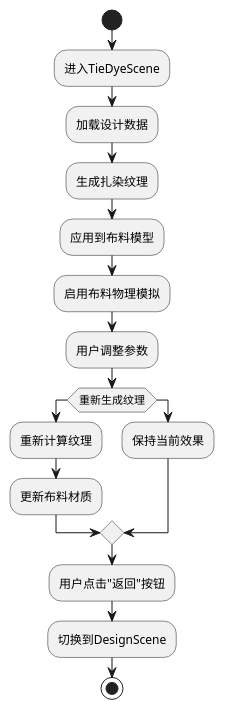
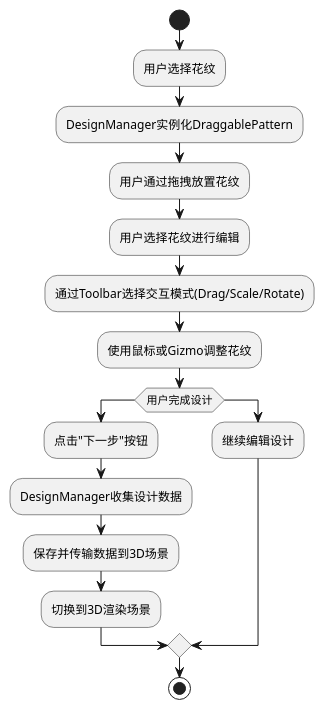
One commit to eeeedddduuuu/TieDyeGit changed the third of 9 diagrams in Assets/Report/系统设计报告.md. Above: the diagram before and after it, drawn with PlantUML. The commit also changed other lines of this file and 20 other files, not shown here.

````diff
--- a/Assets/Report/系统设计报告.md
+++ b/Assets/Report/系统设计报告.md
@@ -177,20 +138,23 @@
 ```plantuml
 @startuml
 start
-:进入TieDyeScene;
-:加载设计数据;
-:生成扎染纹理;
-:应用到布料模型;
-:启用布料物理模拟;
-:用户调整参数;
-if (重新生成纹理) then
-    :重新计算纹理;
-    :更新布料材质;
+
+:用户选择花纹;
+:DesignManager实例化DraggablePattern;
+:用户通过拖拽放置花纹;
+:用户选择花纹进行编辑;
+:通过Toolbar选择交互模式(Drag/Scale/Rotate);
+:使用鼠标或Gizmo调整花纹;
+
+if (用户完成设计)
+    :点击"下一步"按钮;
+    :DesignManager收集设计数据;
+    :保存并传输数据到3D场景;
+    :切换到3D渲染场景;
 else
-    :保持当前效果;
+    :继续编辑设计;
 endif
-:用户点击"返回"按钮;
-:切换到DesignScene;
+
 stop
 @enduml
 ```
````
